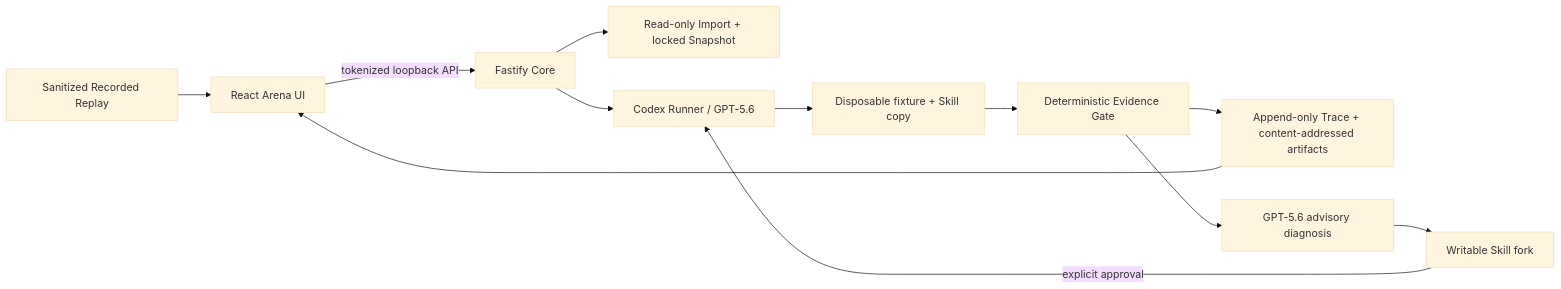
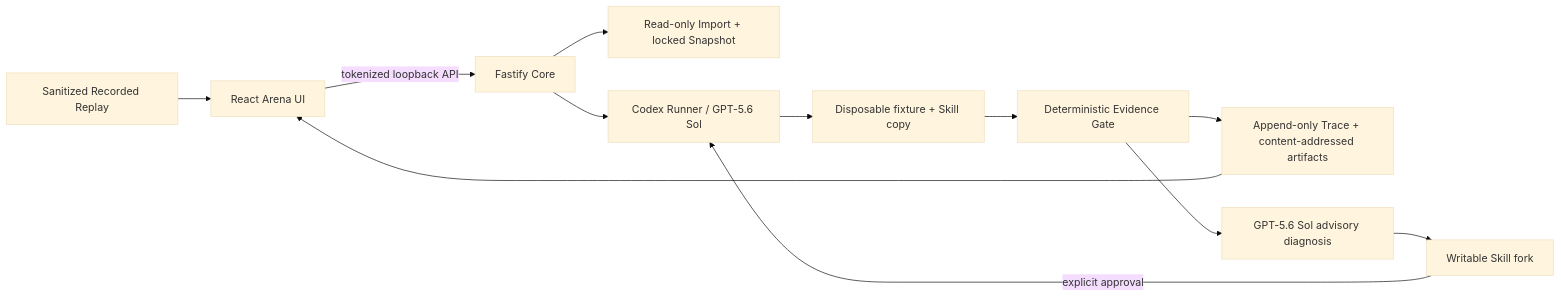
The diagram in README.md (hangglider5/skill-crash-test-arcade), drawn with Mermaid (base theme) before and after one commit. The commit also changed other lines of this file and 49 other files, not shown here.

Commit message:
feat: ship GPT-5.6 Sol live proof

````diff
--- a/README.md
+++ b/README.md
@@ -40,14 +42,14 @@
 ```mermaid
 flowchart LR
   UI["React Arena UI"] -->|"tokenized loopback API"| Core["Fastify Core"]
   Core --> Import["Read-only Import + locked Snapshot"]
-  Core --> Runner["Codex Runner / GPT-5.6"]
+  Core --> Runner["Codex Runner / GPT-5.6 Sol"]
   Runner --> Workspace["Disposable fixture + Skill copy"]
   Workspace --> Judge["Deterministic Evidence Gate"]
   Judge --> Trace["Append-only Trace + content-addressed artifacts"]
   Trace --> UI
-  Judge --> Diagnosis["GPT-5.6 advisory diagnosis"]
+  Judge --> Diagnosis["GPT-5.6 Sol advisory diagnosis"]
   Diagnosis --> Repair["Writable Skill fork"]
   Repair -->|"explicit approval"| Runner
   Sample["Sanitized Recorded Replay"] --> UI
 ```
````
